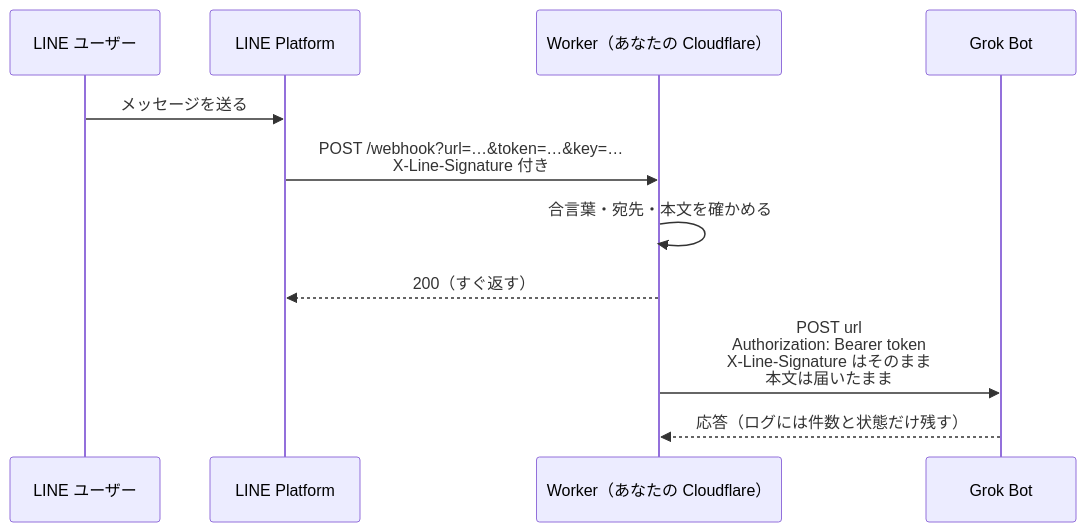
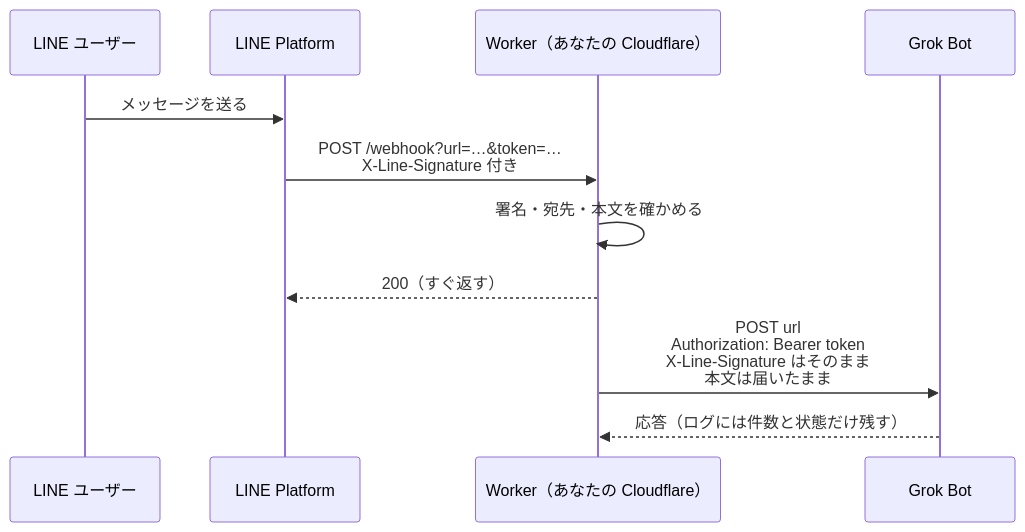
One commit to cloud-position/grok-bot-line-relay changed the first of 2 diagrams in README.md. Above: the diagram before and after it, drawn with Mermaid. The commit also changed other lines of this file and 9 other files, not shown here.

First line of the commit message:
Verify the LINE signature and drop RELAY_KEY

````diff
--- a/README.md
+++ b/README.md
@@ -126,14 +134,14 @@
 ```mermaid
 sequenceDiagram
     participant U as LINE ユーザー
     participant L as LINE Platform
     participant W as Worker（あなたの Cloudflare）
     participant G as Grok Bot
 
     U->>L: メッセージを送る
-    L->>W: POST /webhook?url=…&token=…&key=…<br/>X-Line-Signature 付き
-    W->>W: 合言葉・宛先・本文を確かめる
+    L->>W: POST /webhook?url=…&token=…<br/>X-Line-Signature 付き
+    W->>W: 署名・宛先・本文を確かめる
     W-->>L: 200（すぐ返す）
     W->>G: POST url<br/>Authorization: Bearer token<br/>X-Line-Signature はそのまま<br/>本文は届いたまま
     G-->>W: 応答（ログには件数と状態だけ残す）
 ```
````
